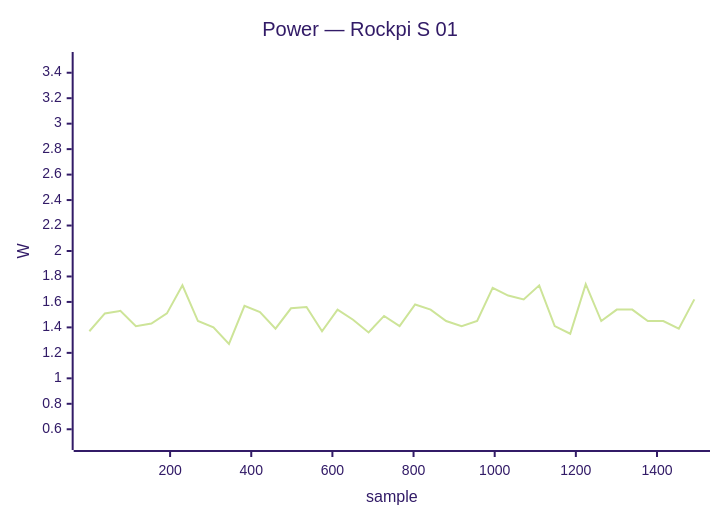
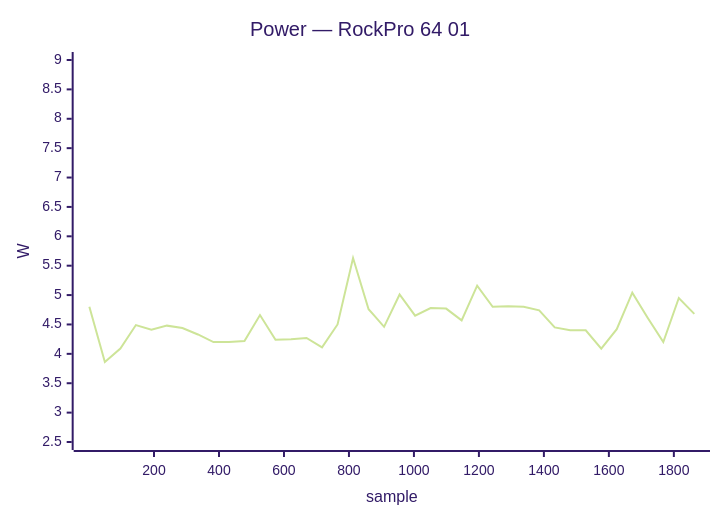
One commit to armbian/documentation changed diagram 28 of 32 in docs/status/board-tests.md. Above: the diagram before and after it, drawn with Mermaid (forest theme). The commit also changed other lines of this file, not shown here.

````diff
--- a/docs/status/board-tests.md
+++ b/docs/status/board-tests.md
@@ -1444,7 +1570,7 @@
 ```mermaid
 xychart-beta
-    title "Power — Rockpi S 01"
-    x-axis "sample" 1 --> 1492
-    y-axis "W" 0.5 --> 3.5
-    line [1.37, 1.51, 1.53, 1.41, 1.43, 1.51, 1.73, 1.45, 1.40, 1.27, 1.57, 1.52, 1.39, 1.55, 1.56, 1.37, 1.54, 1.46, 1.36, 1.49, 1.41, 1.58, 1.54, 1.45, 1.41, 1.45, 1.71, 1.65, 1.62, 1.73, 1.41, 1.35, 1.74, 1.45, 1.54, 1.54, 1.45, 1.45, 1.39, 1.62]
+    title "Power — RockPro 64 01"
+    x-axis "sample" 1 --> 1863
+    y-axis "W" 2.5 --> 9.0
+    line [4.80, 3.86, 4.09, 4.49, 4.41, 4.48, 4.44, 4.33, 4.20, 4.20, 4.22, 4.66, 4.24, 4.25, 4.27, 4.11, 4.50, 5.63, 4.76, 4.46, 5.01, 4.65, 4.78, 4.77, 4.57, 5.16, 4.80, 4.81, 4.80, 4.74, 4.45, 4.40, 4.40, 4.09, 4.42, 5.04, 4.61, 4.20, 4.95, 4.68]
 ```
````
